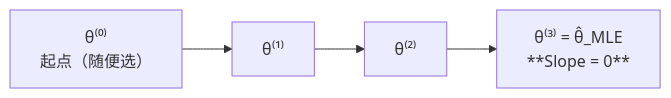
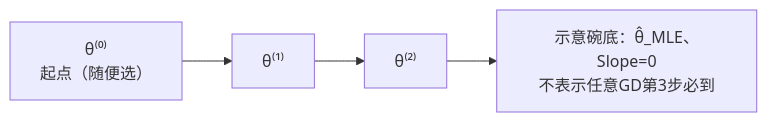
One commit to CercaTrovato/cityu-ai-course-notes changed diagram 11 of 21 in IS6400_Business_Data_Analytics/notes/M02-预测分析-线性回归.md. Above: the diagram before and after it, drawn with Mermaid. The commit also changed other lines of this file and 116 other files, not shown here.

````diff
--- a/IS6400_Business_Data_Analytics/notes/M02-预测分析-线性回归.md
+++ b/IS6400_Business_Data_Analytics/notes/M02-预测分析-线性回归.md
@@ -1521,4 +1999,4 @@
 ```mermaid
 flowchart LR
-    A["θ⁽⁰⁾<br/>起点（随便选）"] --> B["θ⁽¹⁾"] --> C["θ⁽²⁾"] --> D["θ⁽³⁾ = θ̂_MLE<br/>**Slope = 0**"]
+    A["θ⁽⁰⁾<br/>起点（随便选）"] --> B["θ⁽¹⁾"] --> C["θ⁽²⁾"] --> D["示意碗底：θ̂_MLE、Slope=0<br/>不表示任意GD第3步必到"]
 ```
````
